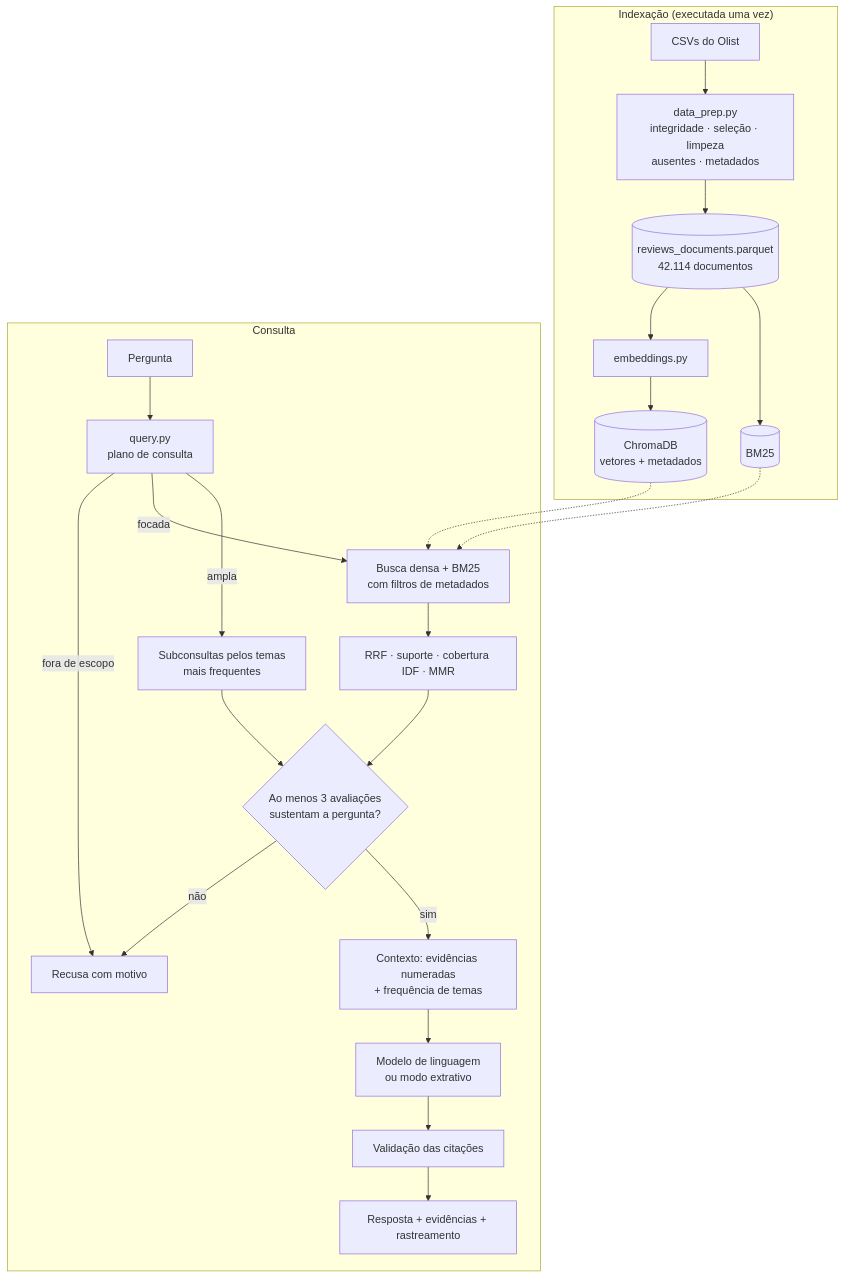
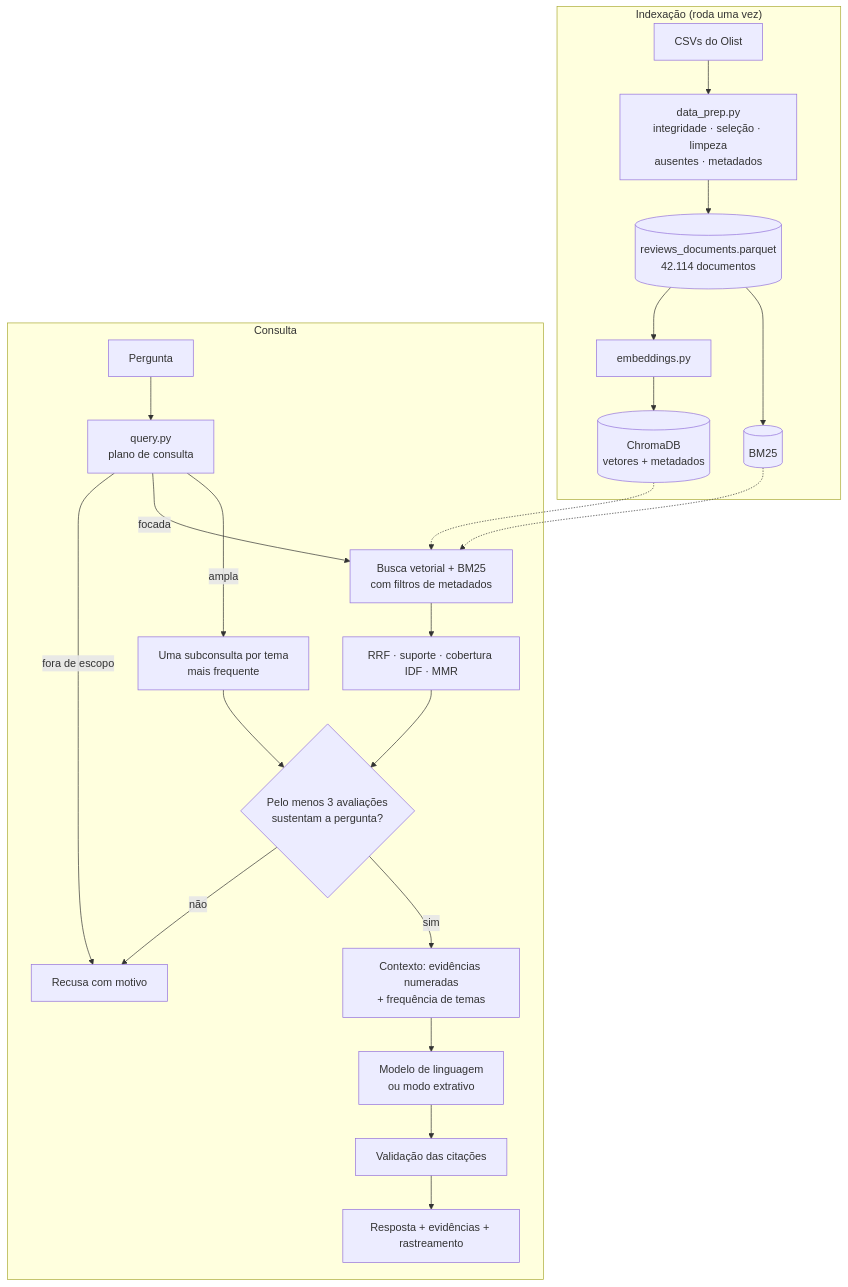
One commit to Reis-Bruno/tech-challenge-fase-4 changed the diagram in README.md. Above: the diagram before and after it, drawn with Mermaid. The commit also changed other lines of this file and 7 other files, not shown here.

````diff
--- a/README.md
+++ b/README.md
@@ -55,27 +45,27 @@
 ```mermaid
 flowchart TD
-    subgraph OFF["Indexação (executada uma vez)"]
+    subgraph OFF["Indexação (roda uma vez)"]
         A[CSVs do Olist] --> B[data_prep.py<br/>integridade · seleção · limpeza<br/>ausentes · metadados]
         B --> C[(reviews_documents.parquet<br/>42.114 documentos)]
         C --> D[embeddings.py]
         D --> E[(ChromaDB<br/>vetores + metadados)]
         C --> F[(BM25)]
     end
 
     subgraph ON["Consulta"]
         Q[Pergunta] --> P[query.py<br/>plano de consulta]
         P -->|fora de escopo| X[Recusa com motivo]
-        P -->|focada| H[Busca densa + BM25<br/>com filtros de metadados]
+        P -->|focada| H[Busca vetorial + BM25<br/>com filtros de metadados]
         H --> R[RRF · suporte · cobertura IDF · MMR]
-        P -->|ampla| T[Subconsultas pelos temas<br/>mais frequentes]
-        R --> S{Ao menos 3 avaliações<br/>sustentam a pergunta?}
+        P -->|ampla| T[Uma subconsulta por tema<br/>mais frequente]
+        R --> S{Pelo menos 3 avaliações<br/>sustentam a pergunta?}
         T --> S
         S -->|não| X
         S -->|sim| K[Contexto: evidências numeradas<br/>+ frequência de temas]
         K --> G[Modelo de linguagem<br/>ou modo extrativo]
         G --> V[Validação das citações]
         V --> O[Resposta + evidências + rastreamento]
     end
     E -.-> H
     F -.-> H
 ```
````
